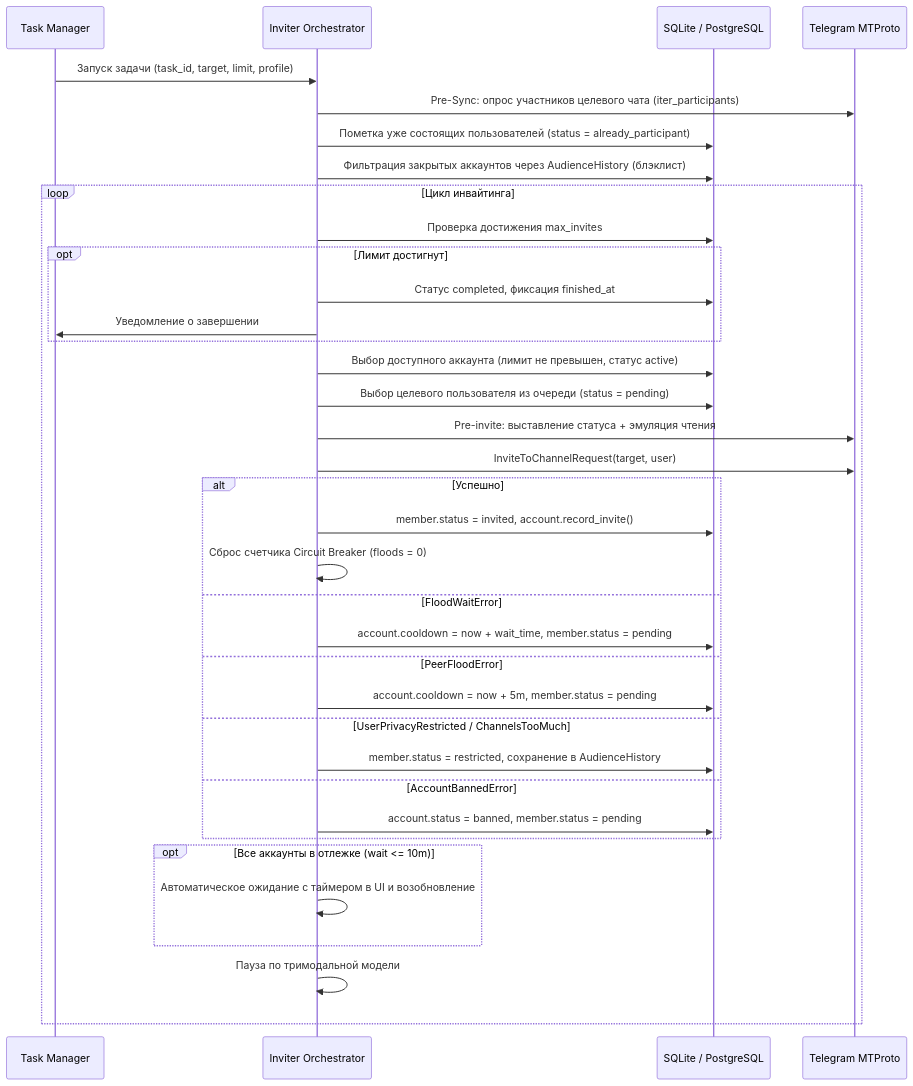
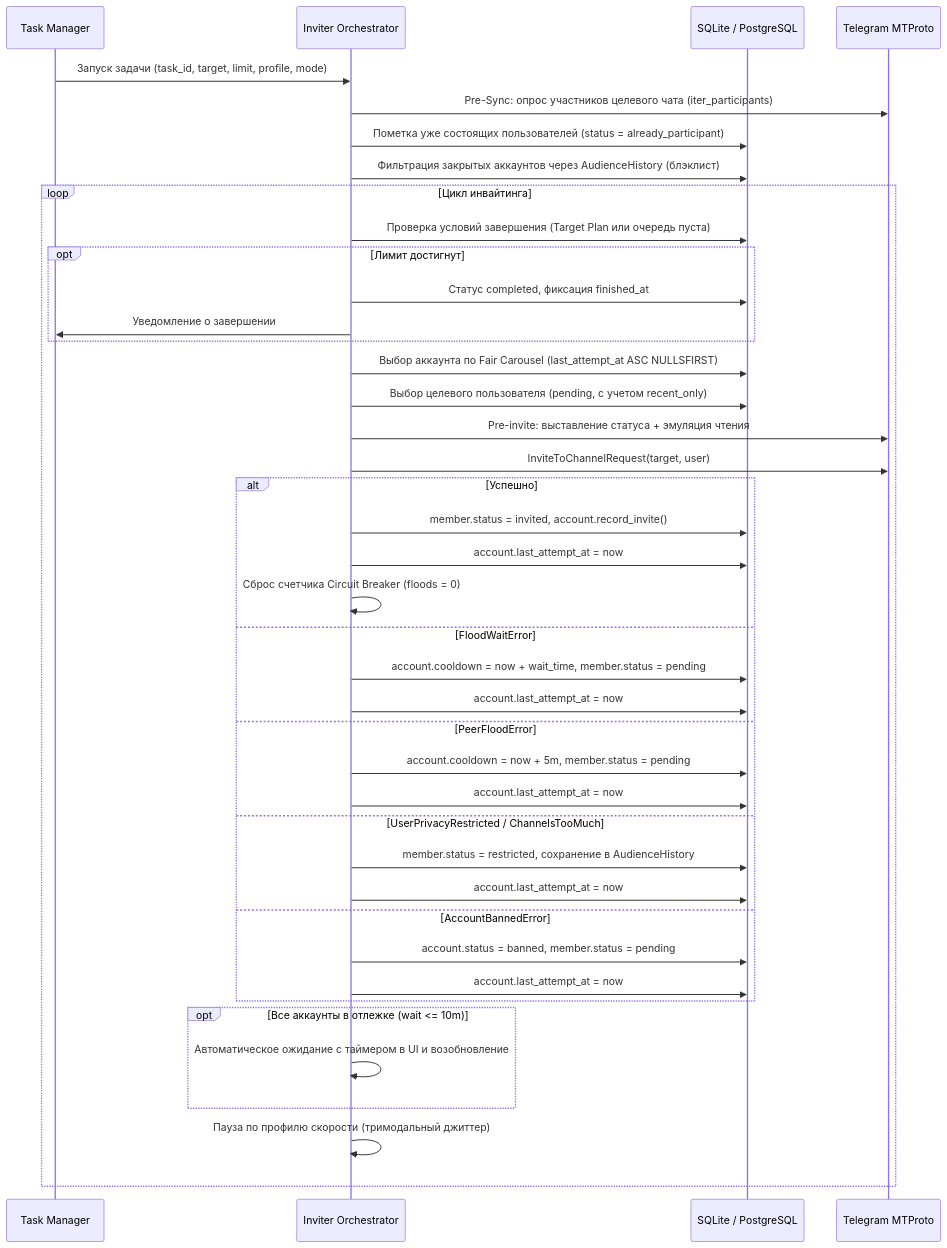
Before and after one commit to ivanchik-byte/tg-invite-machine: the first of 2 diagrams in docs/ARCHITECTURE.md, drawn with Mermaid. The commit also changed other lines of this file and 1 other file, not shown here.

Commit message:
docs: update architecture and readme for v0.2.0 release

````diff
--- a/docs/ARCHITECTURE.md
+++ b/docs/ARCHITECTURE.md
@@ -140,39 +149,44 @@
 ```mermaid
 sequenceDiagram
     participant TM as Task Manager
     participant ORCH as Inviter Orchestrator
     participant DB as SQLite / PostgreSQL
     participant TG as Telegram MTProto
 
-    TM->>ORCH: Запуск задачи (task_id, target, limit, profile)
+    TM->>ORCH: Запуск задачи (task_id, target, limit, profile, mode)
     ORCH->>TG: Pre-Sync: опрос участников целевого чата (iter_participants)
     ORCH->>DB: Пометка уже состоящих пользователей (status = already_participant)
     ORCH->>DB: Фильтрация закрытых аккаунтов через AudienceHistory (блэклист)
     loop Цикл инвайтинга
-        ORCH->>DB: Проверка достижения max_invites
+        ORCH->>DB: Проверка условий завершения (Target Plan или очередь пуста)
         opt Лимит достигнут
             ORCH->>DB: Статус completed, фиксация finished_at
             ORCH->>TM: Уведомление о завершении
         end
-        ORCH->>DB: Выбор доступного аккаунта (лимит не превышен, статус active)
-        ORCH->>DB: Выбор целевого пользователя из очереди (status = pending)
+        ORCH->>DB: Выбор аккаунта по Fair Carousel (last_attempt_at ASC NULLSFIRST)
+        ORCH->>DB: Выбор целевого пользователя (pending, с учетом recent_only)
         ORCH->>TG: Pre-invite: выставление статуса + эмуляция чтения
         ORCH->>TG: InviteToChannelRequest(target, user)
         alt Успешно
             ORCH->>DB: member.status = invited, account.record_invite()
+            ORCH->>DB: account.last_attempt_at = now
             ORCH->>ORCH: Сброс счетчика Circuit Breaker (floods = 0)
         else FloodWaitError
             ORCH->>DB: account.cooldown = now + wait_time, member.status = pending
+            ORCH->>DB: account.last_attempt_at = now
         else PeerFloodError
             ORCH->>DB: account.cooldown = now + 5m, member.status = pending
+            ORCH->>DB: account.last_attempt_at = now
         else UserPrivacyRestricted / ChannelsTooMuch
             ORCH->>DB: member.status = restricted, сохранение в AudienceHistory
+            ORCH->>DB: account.last_attempt_at = now
         else AccountBannedError
             ORCH->>DB: account.status = banned, member.status = pending
+            ORCH->>DB: account.last_attempt_at = now
         end
         opt Все аккаунты в отлежке (wait <= 10m)
             ORCH->>ORCH: Автоматическое ожидание с таймером в UI и возобновление
         end
-        ORCH->>ORCH: Пауза по тримодальной модели
+        ORCH->>ORCH: Пауза по профилю скорости (тримодальный джиттер)
     end
 ```
````
